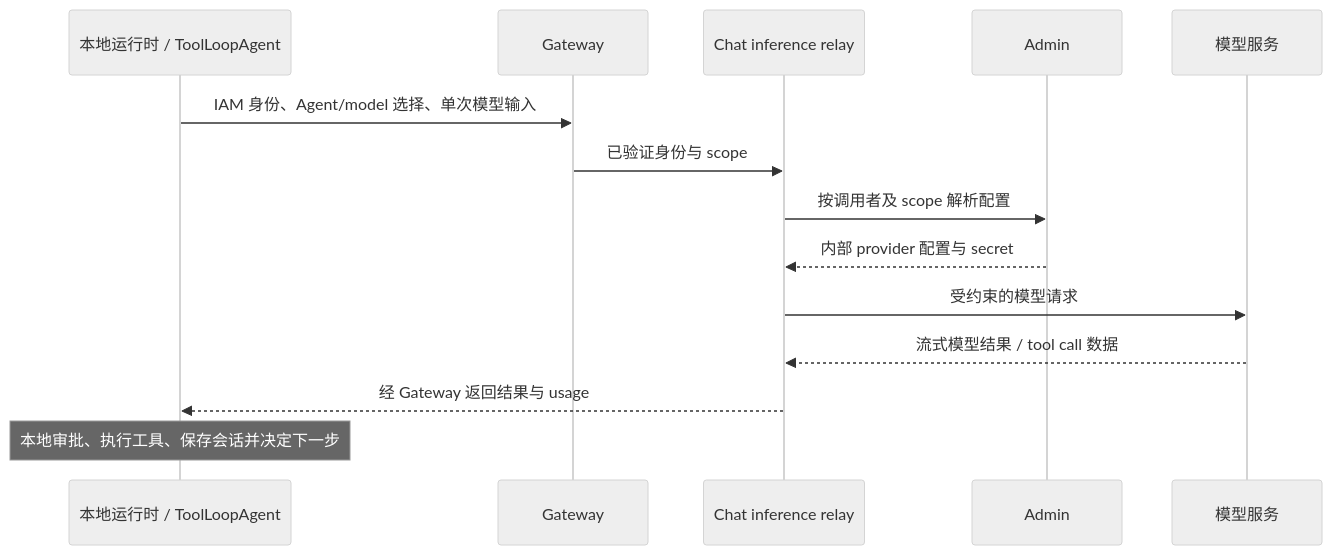
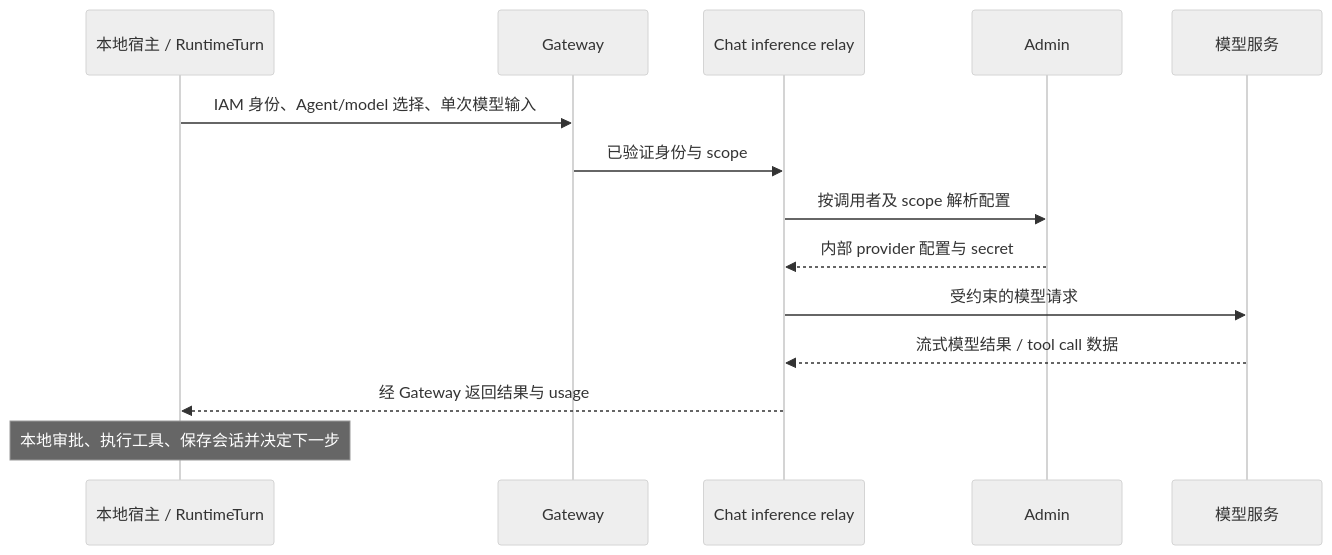
Before and after one commit to baymaxLeee/monorepo: the first of 2 diagrams in docs/ADR/sandbox-execution-modes.md, drawn with Mermaid (neutral theme). The commit also changed other lines of this file and 76 other files, not shown here.

````diff
--- a/docs/ADR/sandbox-execution-modes.md
+++ b/docs/ADR/sandbox-execution-modes.md
@@ -143,16 +144,16 @@
 ```mermaid
 sequenceDiagram
-    participant L as 本地运行时 / ToolLoopAgent
+    participant L as 本地宿主 / RuntimeTurn
     participant G as Gateway
     participant C as Chat inference relay
     participant A as Admin
     participant P as 模型服务
     L->>G: IAM 身份、Agent/model 选择、单次模型输入
     G->>C: 已验证身份与 scope
     C->>A: 按调用者及 scope 解析配置
     A-->>C: 内部 provider 配置与 secret
     C->>P: 受约束的模型请求
     P-->>C: 流式模型结果 / tool call 数据
     C-->>L: 经 Gateway 返回结果与 usage
     Note over L: 本地审批、执行工具、保存会话并决定下一步
 ```
````
